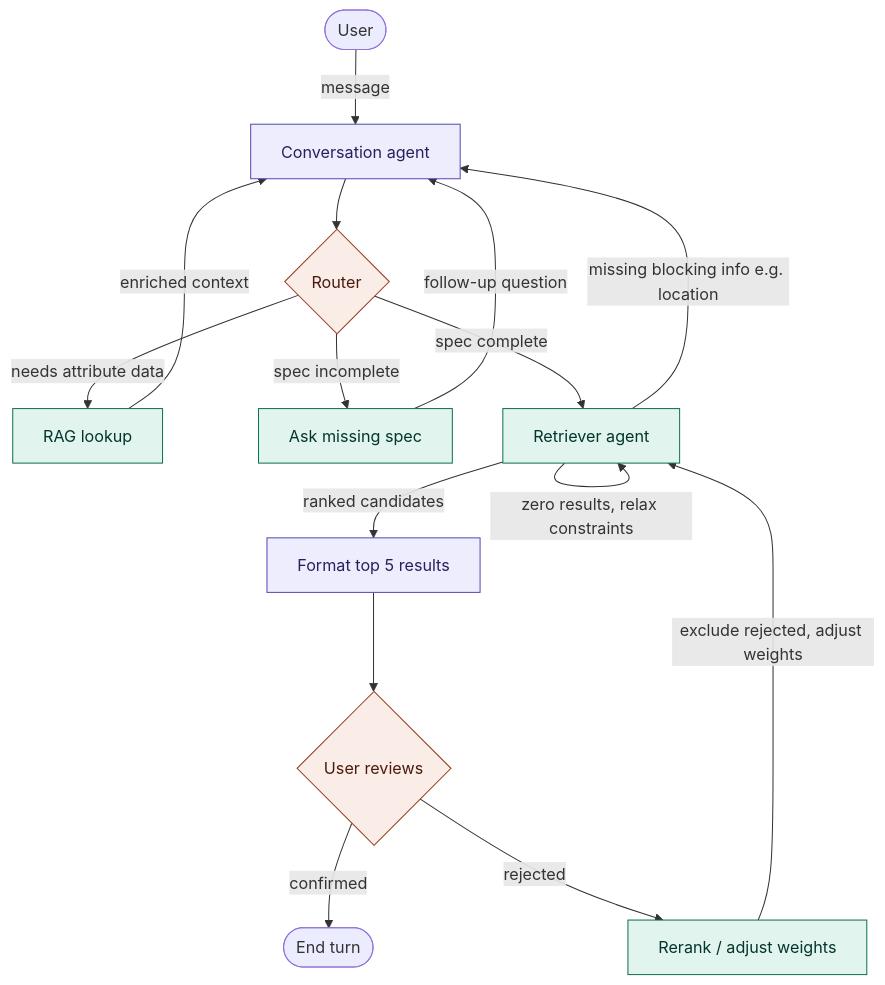
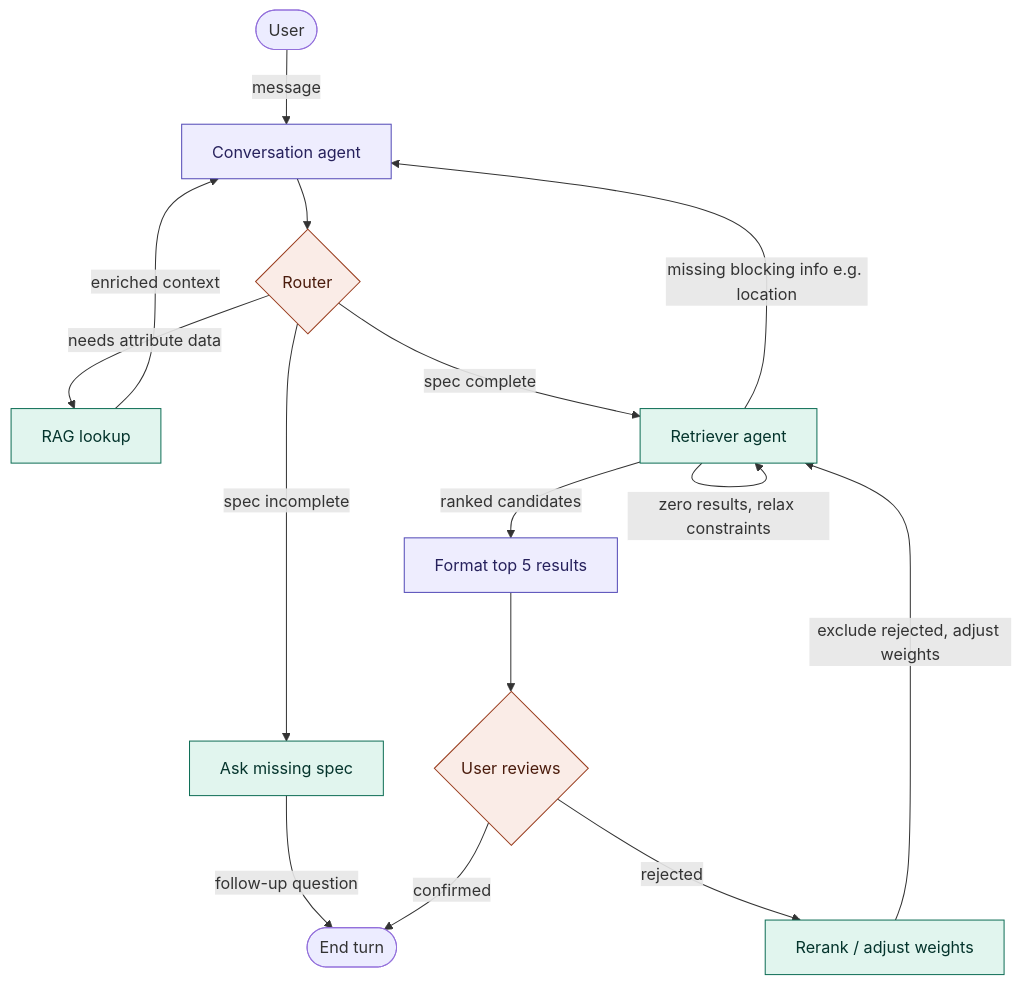
The diagram in ai_service/architecture.md (Abdelrahmansaeed2/salasel-ai-procurement), drawn with Mermaid before and after one commit. The commit also changed other lines of this file and 29 other files, not shown here.

````diff
--- a/ai_service/architecture.md
+++ b/ai_service/architecture.md
@@ -31,41 +31,41 @@
 ```mermaid
 flowchart TD
     User([User])
     Conv[Conversation agent]
     Router{Router}
     RAG[RAG lookup]
     AskSpec[Ask missing spec]
     Retriever[Retriever agent]
     Format[Format top 5 results]
     Review{User reviews}
     Rerank[Rerank / adjust weights]
     Done([End turn])
 
     User -->|message| Conv
     Conv --> Router
 
     Router -->|needs attribute data| RAG
     Router -->|spec incomplete| AskSpec
     Router -->|spec complete| Retriever
 
     RAG -->|enriched context| Conv
-    AskSpec -->|follow-up question| Conv
+    AskSpec -->|follow-up question| Done
 
     Retriever -->|missing blocking info e.g. location| Conv
     Retriever -->|zero results, relax constraints| Retriever
     Retriever -->|ranked candidates| Format
 
     Format --> Review
 
     Review -->|confirmed| Done
     Review -->|rejected| Rerank
     Rerank -->|exclude rejected, adjust weights| Retriever
 
     classDef llm fill:#EEEDFE,stroke:#534AB7,color:#26215C;
     classDef deterministic fill:#E1F5EE,stroke:#0F6E56,color:#04342C;
     classDef gate fill:#FAECE7,stroke:#993C1D,color:#4A1B0C;
 
     class Conv,Format llm
     class RAG,AskSpec,Retriever,Rerank deterministic
     class Router,Review gate
 ```
````
